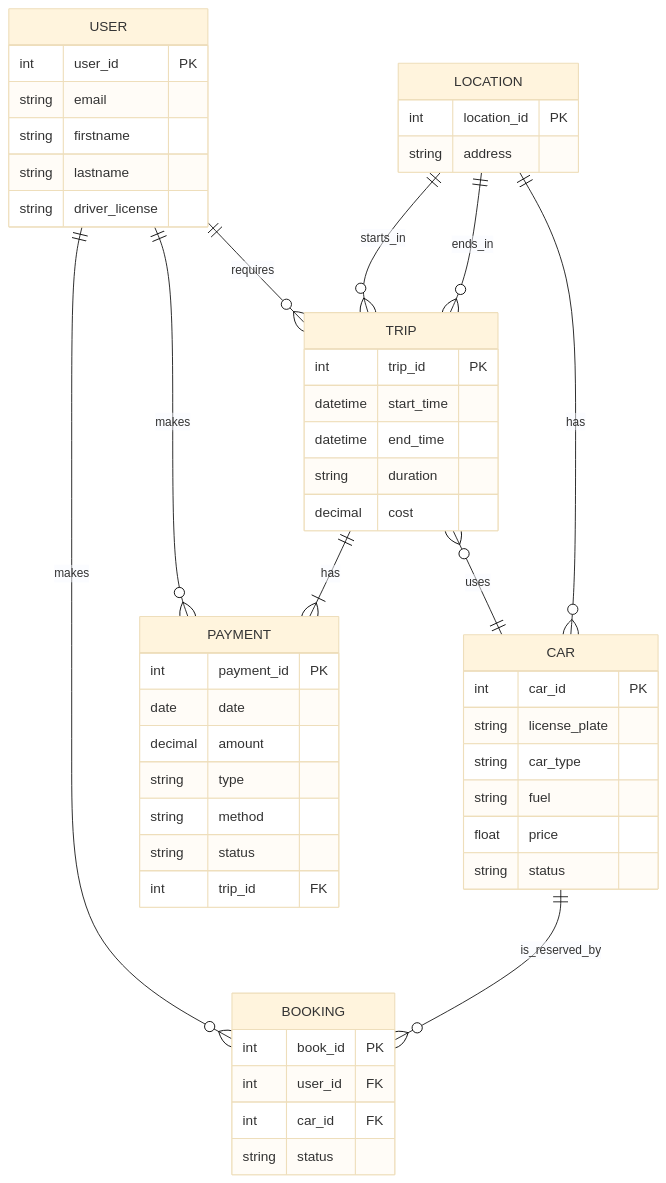
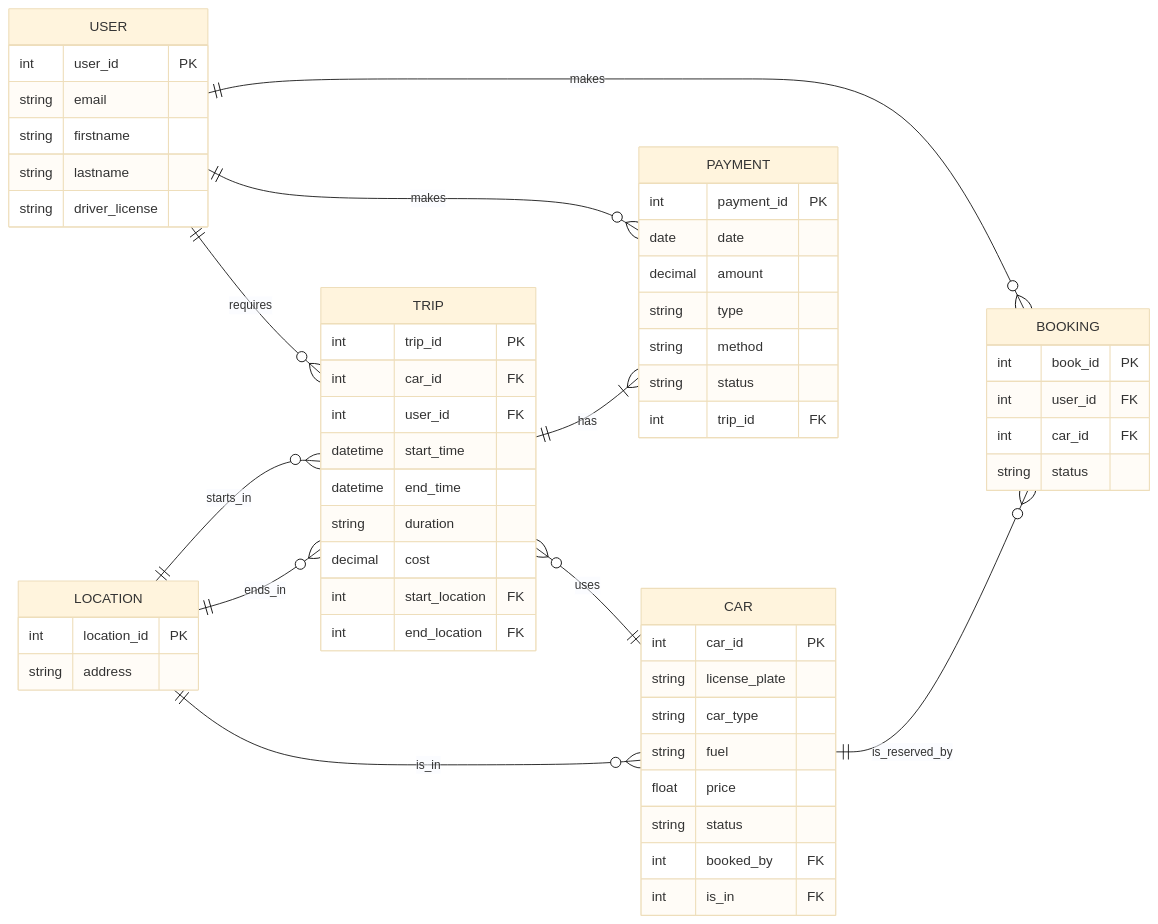
Before and after one commit to Maks9m/KPI_Labs: the diagram in Lab1/mermaid.md, drawn with Mermaid (base theme). The commit also changed other lines of this file and 2 other files, not shown here.

Commit message:
update diagrams & mermaid syntax

````diff
--- a/Lab1/mermaid.md
+++ b/Lab1/mermaid.md
@@ -55,53 +63,61 @@
 ```mermaid
 erDiagram
+direction LR
 USER {
 int user_id PK
 string email
 string firstname
 string lastname
 string driver_license
 }
 CAR {
 int car_id PK
 string license_plate
 string car_type
 string fuel
 float price
 string status
+int booked_by FK
+int is_in FK
 }
 LOCATION {
 int location_id PK
 string address
 }
 TRIP {
 int trip_id PK
+int car_id FK
+int user_id FK
 datetime start_time
 datetime end_time
 string duration
 decimal cost
+int start_location FK
+int end_location FK
 }
 BOOKING {
 int book_id PK
 int user_id FK
 int car_id FK
 string status
 }
 PAYMENT {
 int payment_id PK
 date date
 decimal amount
 string type
 string method
 string status
 int trip_id FK
 }
-USER ||--o{ BOOKING : makes
-USER ||--o{ TRIP : requires
-CAR ||--o{ BOOKING : is_reserved_by
-USER ||--o{ PAYMENT : makes
-TRIP ||--|{ PAYMENT : has
-TRIP }o--|| CAR : uses
-LOCATION ||--o{ TRIP : starts_in
-LOCATION ||--o{ TRIP : ends_in
-LOCATION ||--o{ CAR : has
+
+    USER||--o{BOOKING:"makes"
+    USER||--o{TRIP:"requires"
+    CAR||--o{BOOKING:"is_reserved_by"
+    USER||--o{PAYMENT:"makes"
+    TRIP||--|{PAYMENT:"has"
+    TRIP}o--||CAR:"uses"
+    LOCATION||--o{TRIP:"starts_in"
+    LOCATION||--o{TRIP:"ends_in"
+    LOCATION||--o{CAR:"is_in"
 ```
````
